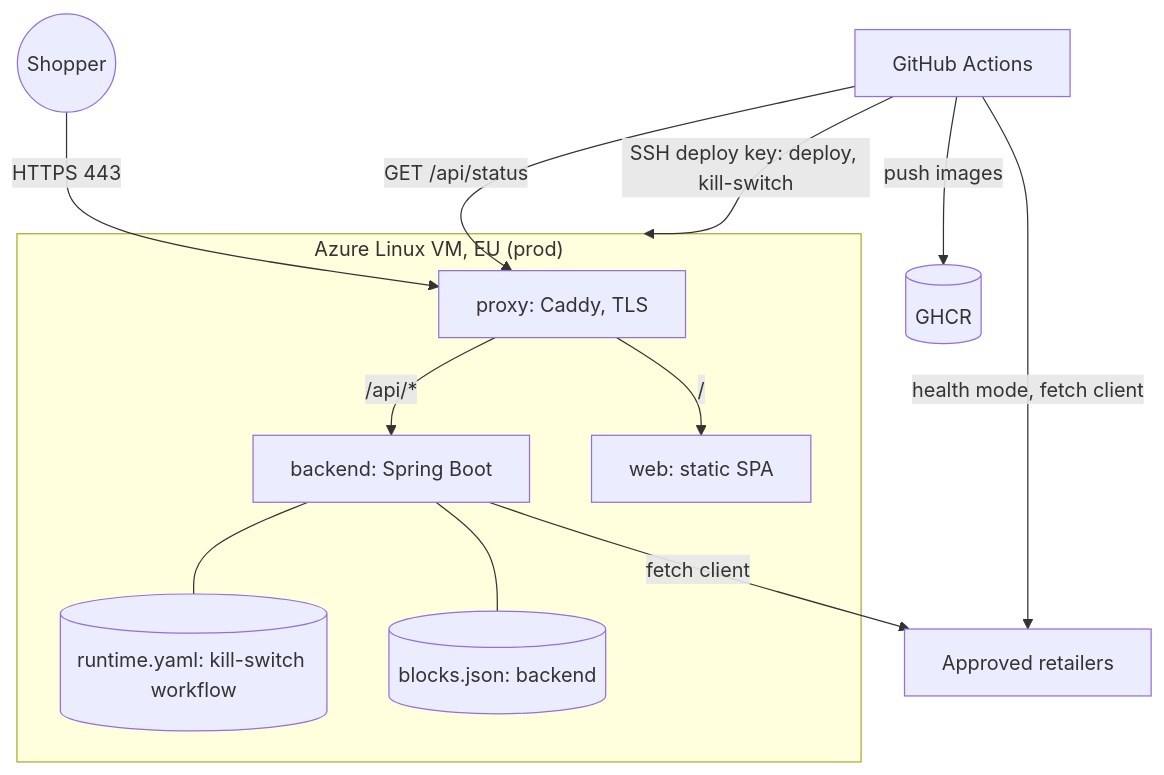
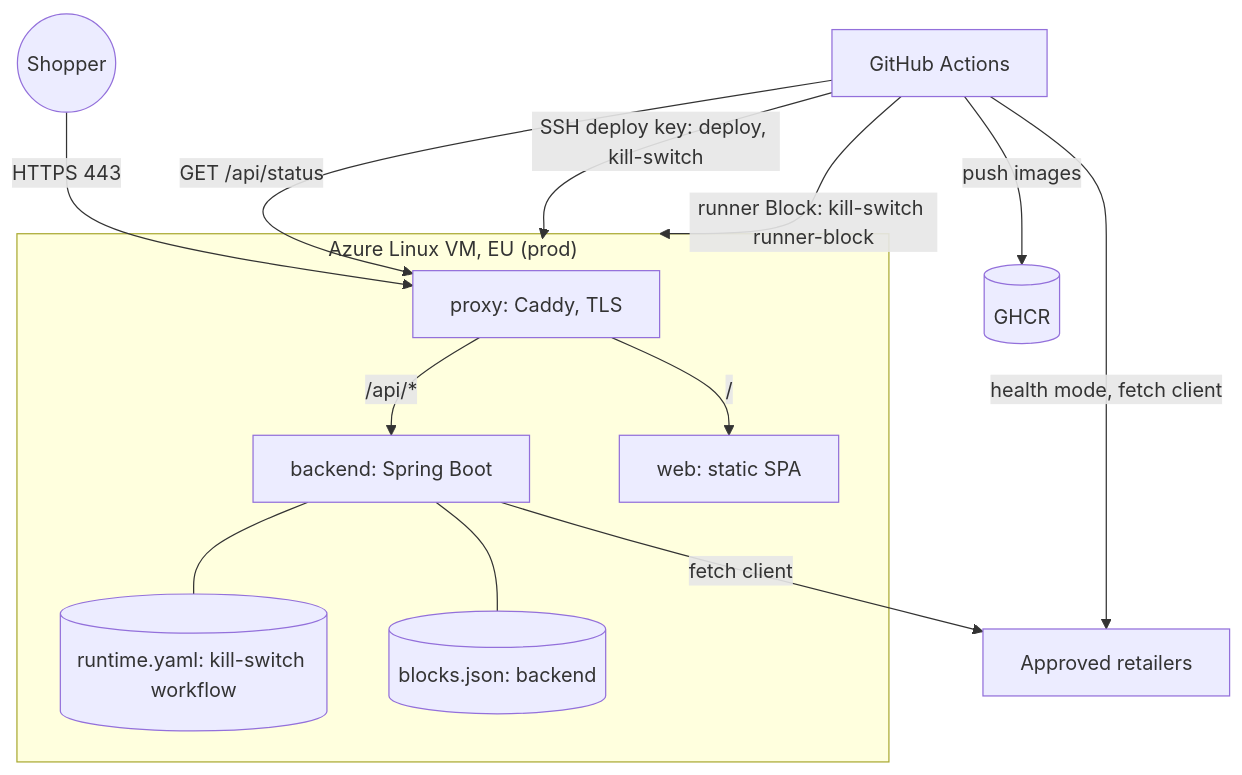
One commit to fsd-multiagent/price-checker changed the second of 3 diagrams in _bmad-output/planning-artifacts/architecture/architecture-price-checker-2026-11-17/ARCHITECTURE-SPINE.md. Above: the diagram before and after it, drawn with Mermaid. The commit also changed other lines of this file and 7 other files, not shown here.

Commit message:
sdlc(20261117-174705-full): stage:architecture/architect r2

````diff
--- a/_bmad-output/planning-artifacts/architecture/architecture-price-checker-2026-11-17/ARCHITECTURE-SPINE.md
+++ b/_bmad-output/planning-artifacts/architecture/architecture-price-checker-2026-11-17/ARCHITECTURE-SPINE.md
@@ -235,15 +238,16 @@
 ```mermaid
 flowchart TB
   user((Shopper)) -->|HTTPS 443| proxy
   subgraph vm["Azure Linux VM, EU (prod)"]
     proxy["proxy: Caddy, TLS"] -->|/api/*| backend["backend: Spring Boot"]
     proxy -->|/| web["web: static SPA"]
     backend --- cfg[("runtime.yaml: kill-switch workflow")]
     backend --- st[("blocks.json: backend")]
   end
   backend -->|fetch client| retailers["Approved retailers"]
   gha["GitHub Actions"] -->|SSH deploy key: deploy, kill-switch| vm
   gha -->|health mode, fetch client| retailers
   gha -->|GET /api/status| proxy
+  gha -->|runner Block: kill-switch runner-block| vm
   gha -->|push images| ghcr[("GHCR")]
 ```
````
